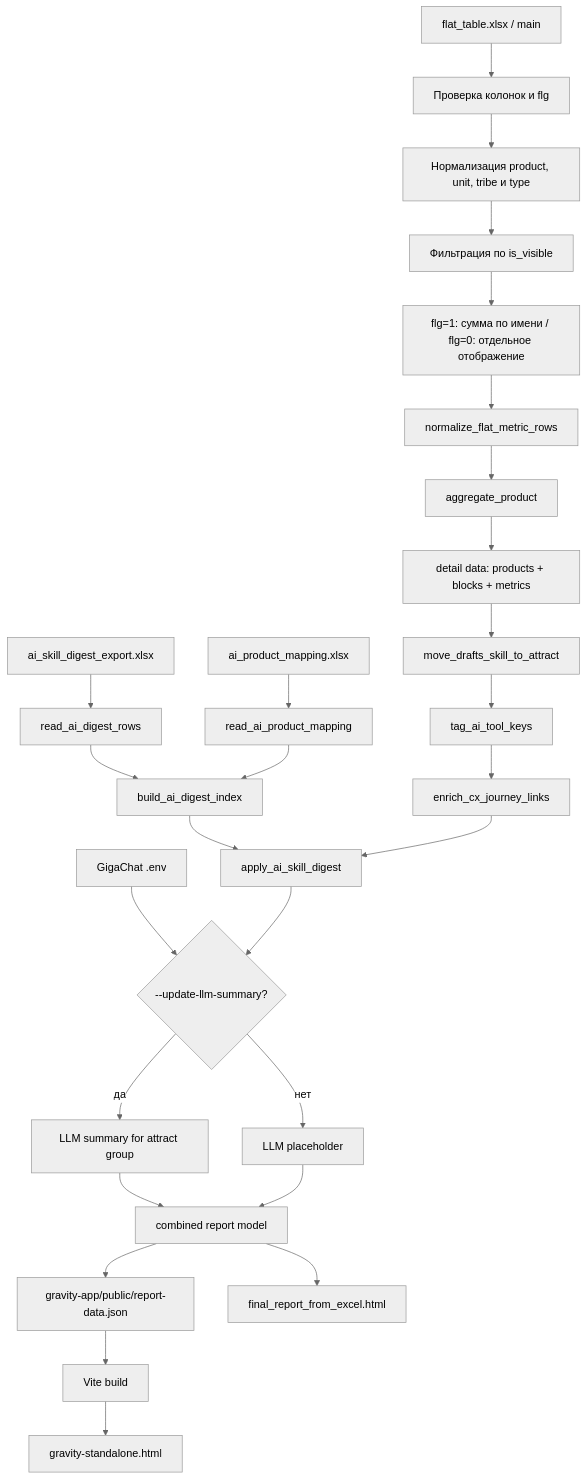
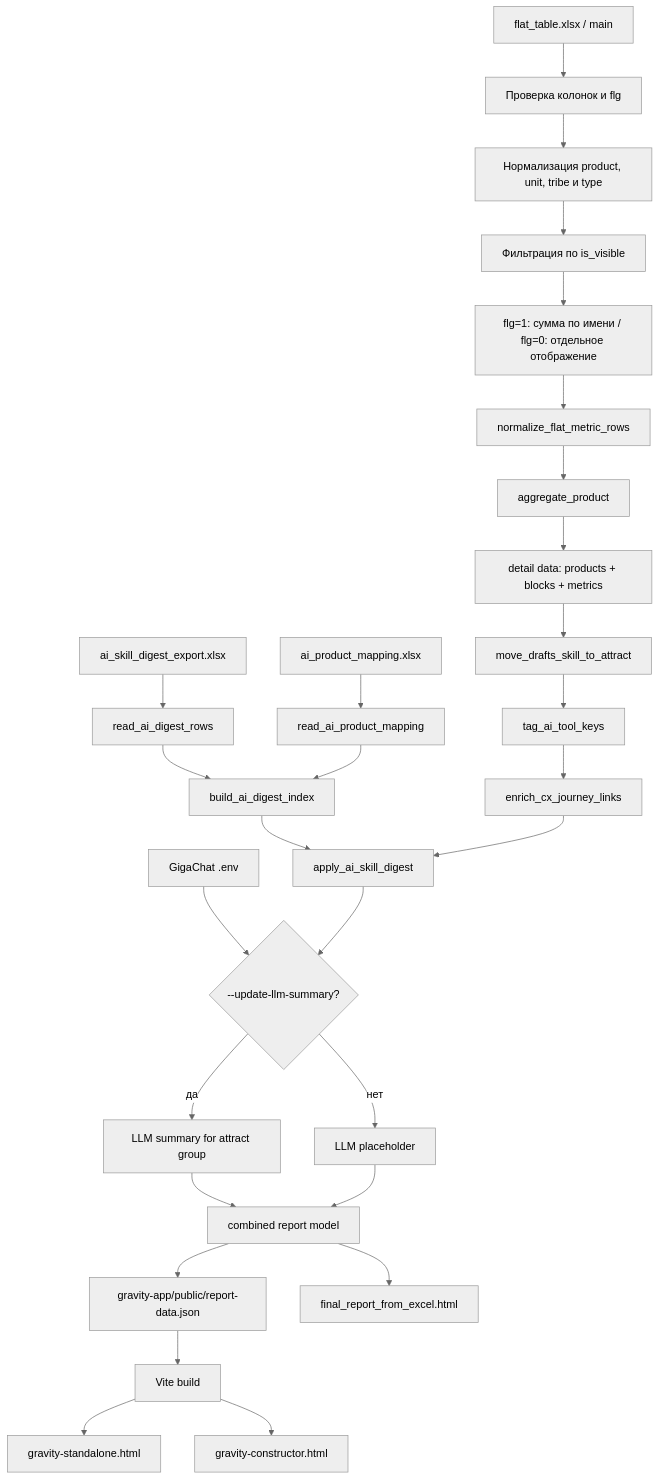
Before and after one commit to schischko-r/DD: the diagram in README.md, drawn with Mermaid (neutral theme). The commit also changed other lines of this file and 29 other files, not shown here.

````diff
--- a/README.md
+++ b/README.md
@@ -100,32 +154,33 @@
 ```mermaid
 flowchart TD
     A["flat_table.xlsx / main"] --> B["Проверка колонок и flg"]
     B --> C["Нормализация product, unit, tribe и type"]
     C --> D["Фильтрация по is_visible"]
     D --> E["flg=1: сумма по имени / flg=0: отдельное отображение"]
     E --> H["normalize_flat_metric_rows"]
     H --> I["aggregate_product"]
     I --> J["detail data: products + blocks + metrics"]
     J --> K["move_drafts_skill_to_attract"]
     K --> L["tag_ai_tool_keys"]
     L --> M["enrich_cx_journey_links"]
 
     N["ai_skill_digest_export.xlsx"] --> O["read_ai_digest_rows"]
     P["ai_product_mapping.xlsx"] --> Q["read_ai_product_mapping"]
     O --> R["build_ai_digest_index"]
     Q --> R
     R --> S["apply_ai_skill_digest"]
     M --> S
 
     T["GigaChat .env"] --> U{"--update-llm-summary?"}
     S --> U
     U -->|да| V["LLM summary for attract group"]
     U -->|нет| W["LLM placeholder"]
     V --> X["combined report model"]
     W --> X
 
     X --> Y["gravity-app/public/report-data.json"]
     X --> Z["final_report_from_excel.html"]
     Y --> AA["Vite build"]
     AA --> AB["gravity-standalone.html"]
+    AA --> AC["gravity-constructor.html"]
 ```
````
